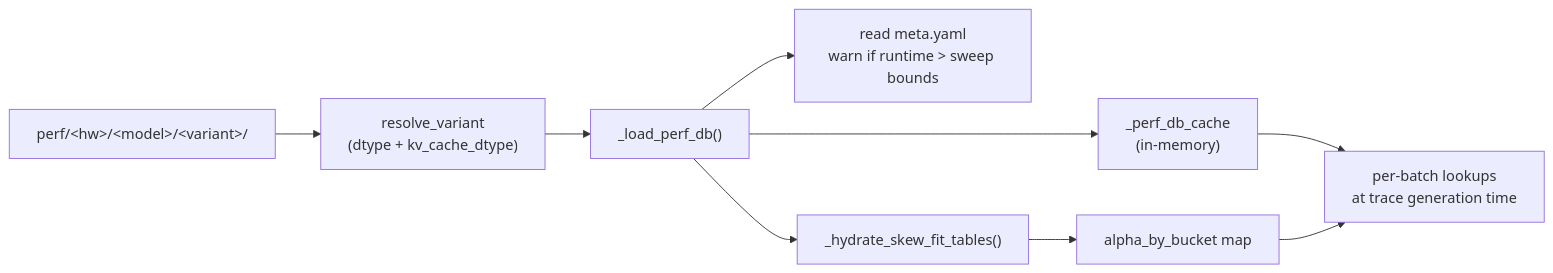
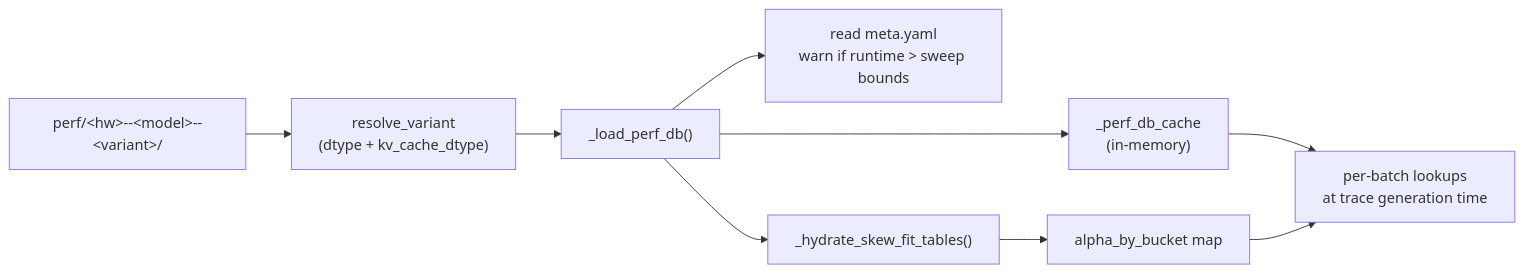
The diagram in docs/docs/profiler/output-bundle.md (rebel-jinhwan/LLMServingSim), drawn with Mermaid before and after one commit. The commit also changed other lines of this file and 71 other files, not shown here.

````diff
--- a/docs/docs/profiler/output-bundle.md
+++ b/docs/docs/profiler/output-bundle.md
@@ -354,11 +354,11 @@
 ```mermaid
 flowchart LR
-    PERF["perf/&lt;hw&gt;/&lt;model&gt;/&lt;variant&gt;/"] --> RESOLVE["resolve_variant<br/>(dtype + kv_cache_dtype)"]
+    PERF["perf/&lt;hw&gt;--&lt;model&gt;--&lt;variant&gt;/"] --> RESOLVE["resolve_variant<br/>(dtype + kv_cache_dtype)"]
     RESOLVE --> LOAD["_load_perf_db()"]
     LOAD --> CACHE["_perf_db_cache<br/>(in-memory)"]
     LOAD --> META["read meta.yaml<br/>warn if runtime &gt; sweep bounds"]
     LOAD --> SKEWHYD["_hydrate_skew_fit_tables()"]
     SKEWHYD --> ALPHA["alpha_by_bucket map"]
     CACHE --> LOOKUPS["per-batch lookups<br/>at trace generation time"]
     ALPHA --> LOOKUPS
 ```
````
